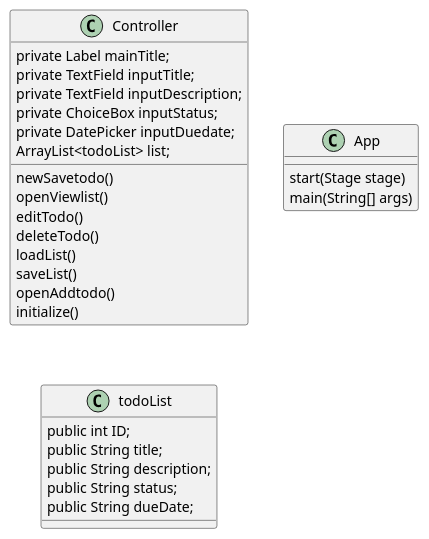
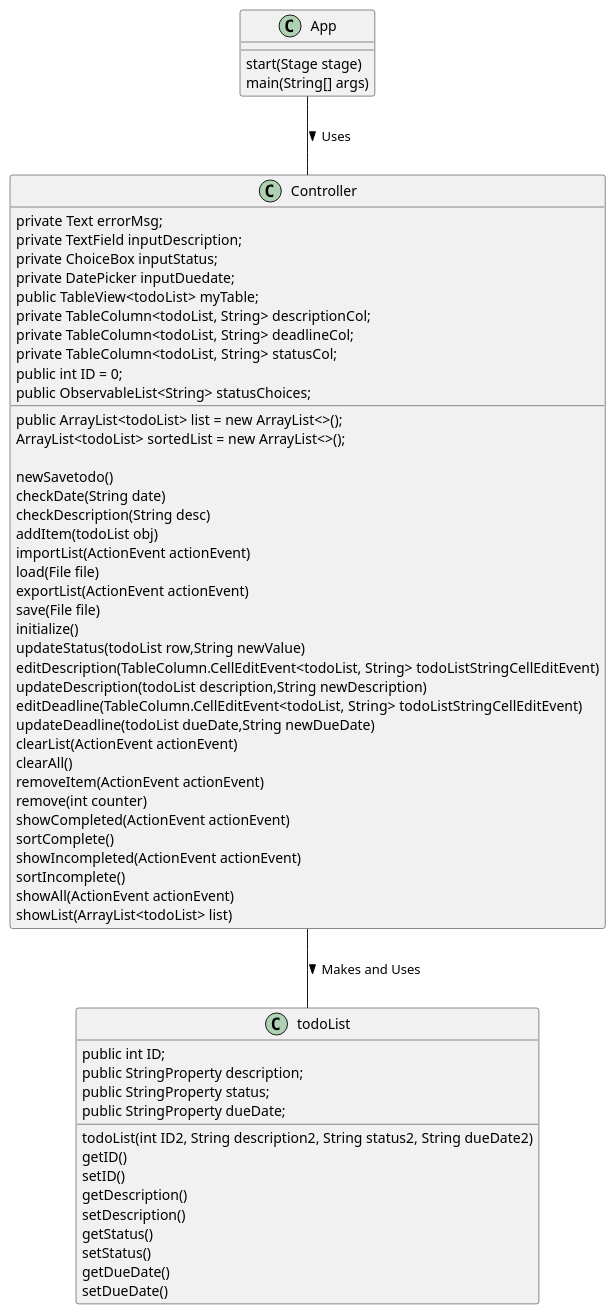
Before and after one commit to patrickmac123/assignment4part2: the diagram in src/main/java/ucf/assignments/AppUML.puml, drawn with PlantUML. The commit also changed 12 other files, not shown here.

Commit message:
Program is completed and has junit testing also added some minor fixes to stop the errors from occurring when input is null

```diff
--- a/src/main/java/ucf/assignments/AppUML.puml
+++ b/src/main/java/ucf/assignments/AppUML.puml
@@ -1,35 +1,69 @@
 @startuml
 class Controller
 {
-    private Label mainTitle;
-    private TextField inputTitle;
+    private Text errorMsg;
     private TextField inputDescription;
     private ChoiceBox inputStatus;
     private DatePicker inputDuedate;
-    ArrayList<todoList> list;
-
+    public TableView<todoList> myTable;
+    private TableColumn<todoList, String> descriptionCol;
+    private TableColumn<todoList, String> deadlineCol;
+    private TableColumn<todoList, String> statusCol;
+    public int ID = 0;
+    public ArrayList<todoList> list = new ArrayList<>();
+    public ObservableList<String> statusChoices;
+    ArrayList<todoList> sortedList = new ArrayList<>();
+    
     newSavetodo()
-    openViewlist()
-    editTodo()
-    deleteTodo()
-    loadList()
-    saveList()
-    openAddtodo()
+    checkDate(String date)
+    checkDescription(String desc)
+    addItem(todoList obj)
+    importList(ActionEvent actionEvent)
+    load(File file)
+    exportList(ActionEvent actionEvent)
+    save(File file)
     initialize()
+    updateStatus(todoList row,String newValue)
+    editDescription(TableColumn.CellEditEvent<todoList, String> todoListStringCellEditEvent)
+    updateDescription(todoList description,String newDescription)
+    editDeadline(TableColumn.CellEditEvent<todoList, String> todoListStringCellEditEvent)
+    updateDeadline(todoList dueDate,String newDueDate)
+    clearList(ActionEvent actionEvent)
+    clearAll()
+    removeItem(ActionEvent actionEvent)
+    remove(int counter)
+    showCompleted(ActionEvent actionEvent)
+    sortComplete()
+    showIncompleted(ActionEvent actionEvent)
+    sortIncomplete()
+    showAll(ActionEvent actionEvent)
+    showList(ArrayList<todoList> list)
+    
 }
 class App
 {
     start(Stage stage)
     main(String[] args)
 }
 class todoList
 {
     public int ID;
-    public String title;
-    public String description;
-    public String status;
-    public String dueDate;
+    public StringProperty description;
+    public StringProperty status;
+    public StringProperty dueDate;
+    
+    todoList(int ID2, String description2, String status2, String dueDate2)
+     
+    getID()
+    setID()
+    getDescription()
+    setDescription()
+    getStatus()
+    setStatus()
+    getDueDate()
+    setDueDate()
 }
-
+App -- Controller : > Uses
+Controller -- todoList : > Makes and Uses
 
 @enduml
```
